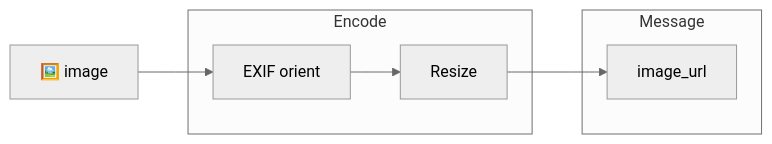
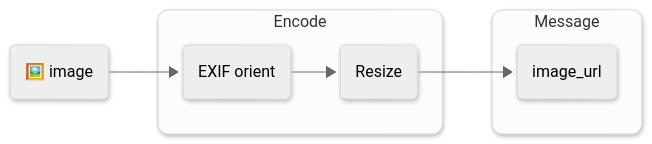
The first of 17 diagrams in docs/ENCODERS.md (vlm-run/mm), drawn with Mermaid (neutral theme) before and after one commit. The commit also changed other lines of this file and 1 other file, not shown here.

````diff
--- a/docs/ENCODERS.md
+++ b/docs/ENCODERS.md
@@ -20,15 +20,18 @@
 ```mermaid
+%%{init: {'look': 'neo'} }%%
 graph LR
-  img["🖼️ image"]
+  img("🖼️ image")
 
   subgraph encode ["Encode"]
-    exif["EXIF orient"]
-    resize["Resize"]
+    exif("EXIF orient")
+    resize("Resize")
   end
 
   subgraph message ["Message"]
-    msg["image_url"]
+    msg("image_url")
   end
 
   img --> exif --> resize --> msg
+  style encode rx:10px,ry:10px
+  style message rx:10px,ry:10px
 ```
````
